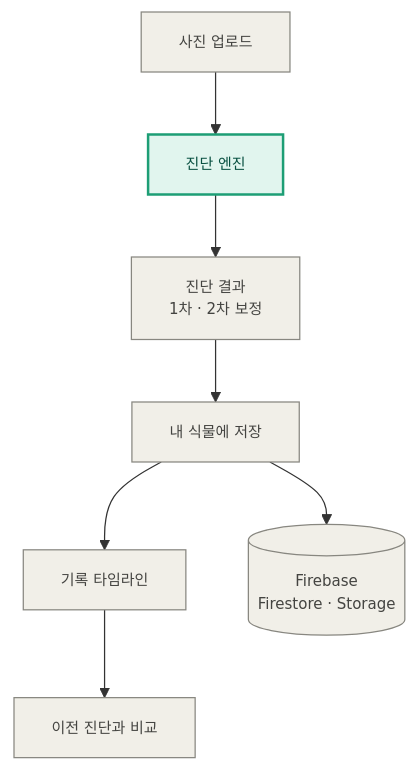
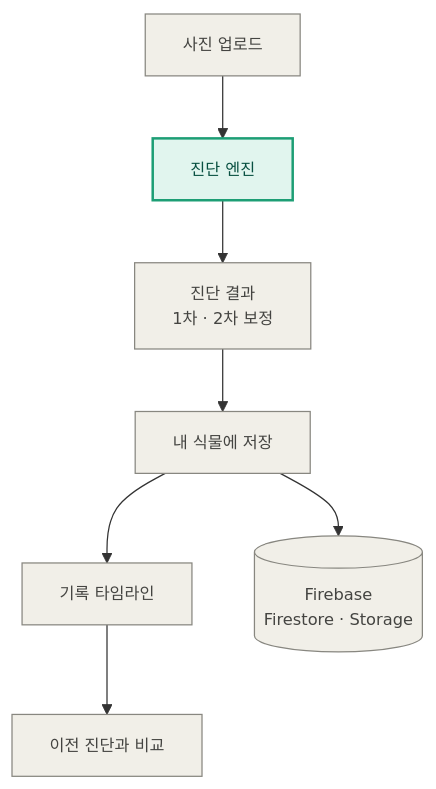
One commit to rangedayo/plant-diagnosis changed the first of 2 diagrams in README.md. Above: the diagram before and after it, drawn with Mermaid. The commit also changed other lines of this file, not shown here.

Commit message:
docs: README 다이어그램 글자 크기 12px → 13px

````diff
--- a/README.md
+++ b/README.md
@@ -63,16 +63,16 @@
 ```mermaid
-%%{init: {'themeVariables': {'fontSize': '12px'}}}%%
+%%{init: {'themeVariables': {'fontSize': '13px'}}}%%
 flowchart TB
     U[사진 업로드] --> ENG[진단 엔진]
     ENG --> R[진단 결과<br/>1차 · 2차 보정]
     R --> SV[내 식물에 저장]
     SV --> TL[기록 타임라인]
     TL --> CMP[이전 진단과 비교]
     SV --> FB[(Firebase<br/>Firestore · Storage)]
 
     classDef io fill:#F1EFE8,stroke:#888780,color:#444441
     classDef gate fill:#E1F5EE,stroke:#1D9E75,color:#085041,stroke-width:2px
 
     class U,R,SV,TL,CMP,FB io
     class ENG gate
 ```
````
